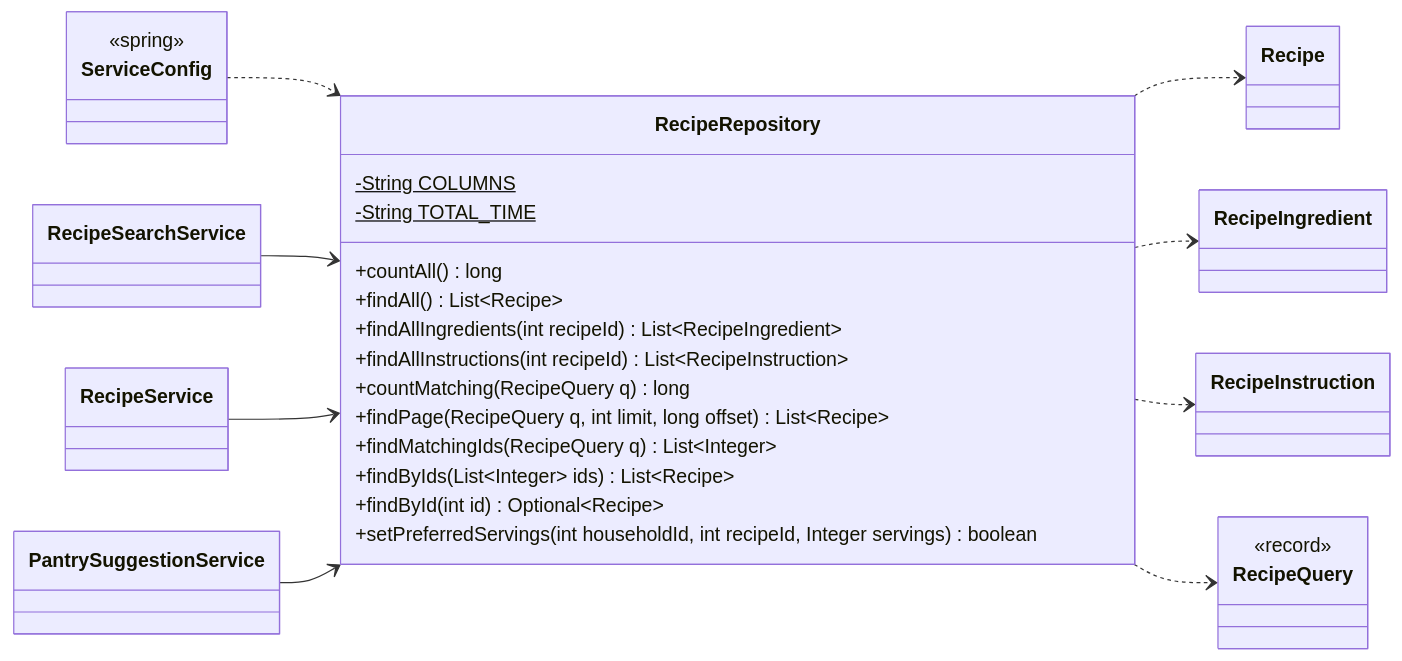
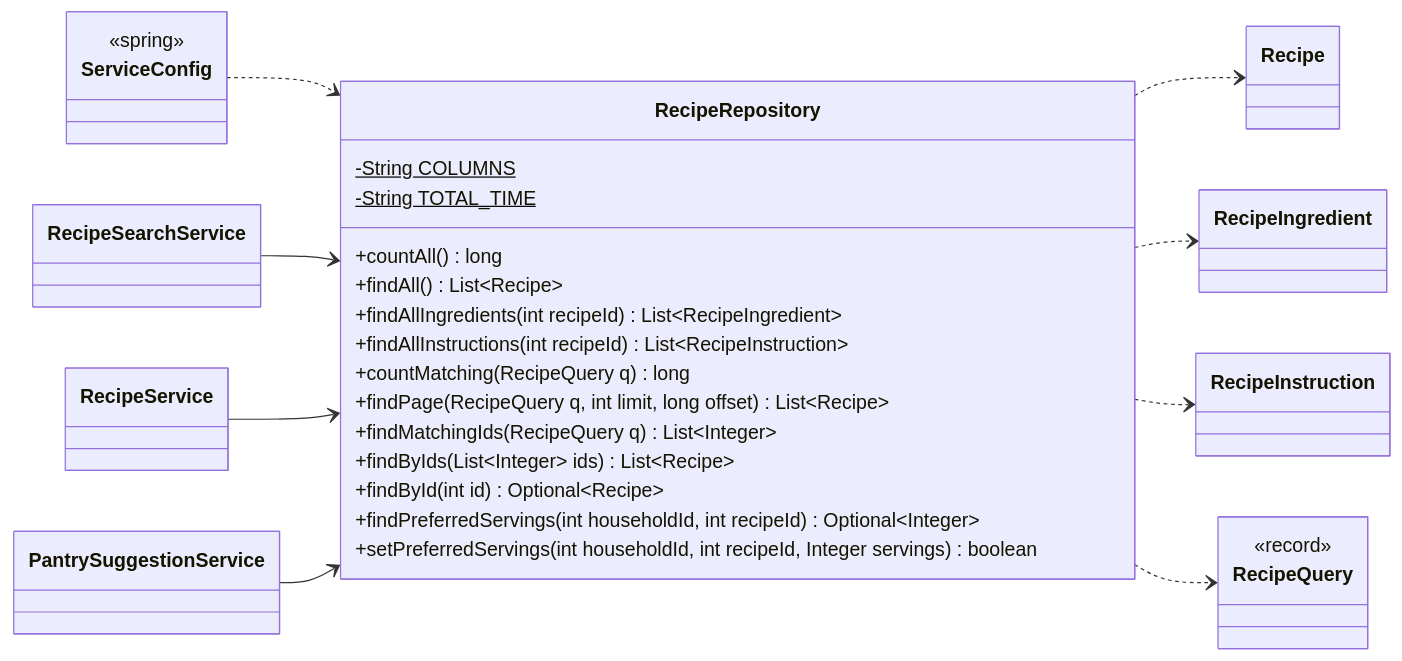
One commit to Nate-ryan-7690/dahaem changed diagram 17 of 26 in docs/classes/mealplanner.md. Above: the diagram before and after it, drawn with Mermaid. The commit also changed other lines of this file and 5 other files, not shown here.

````diff
--- a/docs/classes/mealplanner.md
+++ b/docs/classes/mealplanner.md
@@ -1056,38 +1056,39 @@
 ```mermaid
 classDiagram
     direction LR
     class mealplanner_RecipeRepository["RecipeRepository"] {
         +countAll() long
         +findAll() List~Recipe~
         +findAllIngredients(int recipeId) List~RecipeIngredient~
         +findAllInstructions(int recipeId) List~RecipeInstruction~
         -String COLUMNS$
         -String TOTAL_TIME$
         +countMatching(RecipeQuery q) long
         +findPage(RecipeQuery q, int limit, long offset) List~Recipe~
         +findMatchingIds(RecipeQuery q) List~Integer~
         +findByIds(List~Integer~ ids) List~Recipe~
         +findById(int id) Optional~Recipe~
+        +findPreferredServings(int householdId, int recipeId) Optional~Integer~
         +setPreferredServings(int householdId, int recipeId, Integer servings) boolean
     }
     class mealplanner_RecipeSearchService["RecipeSearchService"]
     class mealplanner_RecipeService["RecipeService"]
     class suggestions_PantrySuggestionService["PantrySuggestionService"]
     class mealplanner_Recipe["Recipe"]
     class mealplanner_RecipeIngredient["RecipeIngredient"]
     class mealplanner_RecipeInstruction["RecipeInstruction"]
     class mealplanner_RecipeQuery["RecipeQuery"] {
         <<record>>
     }
     class api_ServiceConfig["ServiceConfig"] {
         <<spring>>
     }
     mealplanner_RecipeRepository ..> mealplanner_Recipe
     mealplanner_RecipeRepository ..> mealplanner_RecipeIngredient
     mealplanner_RecipeRepository ..> mealplanner_RecipeInstruction
     mealplanner_RecipeRepository ..> mealplanner_RecipeQuery
     api_ServiceConfig ..> mealplanner_RecipeRepository
     mealplanner_RecipeSearchService --> mealplanner_RecipeRepository
     mealplanner_RecipeService --> mealplanner_RecipeRepository
     suggestions_PantrySuggestionService --> mealplanner_RecipeRepository
 ```
````
